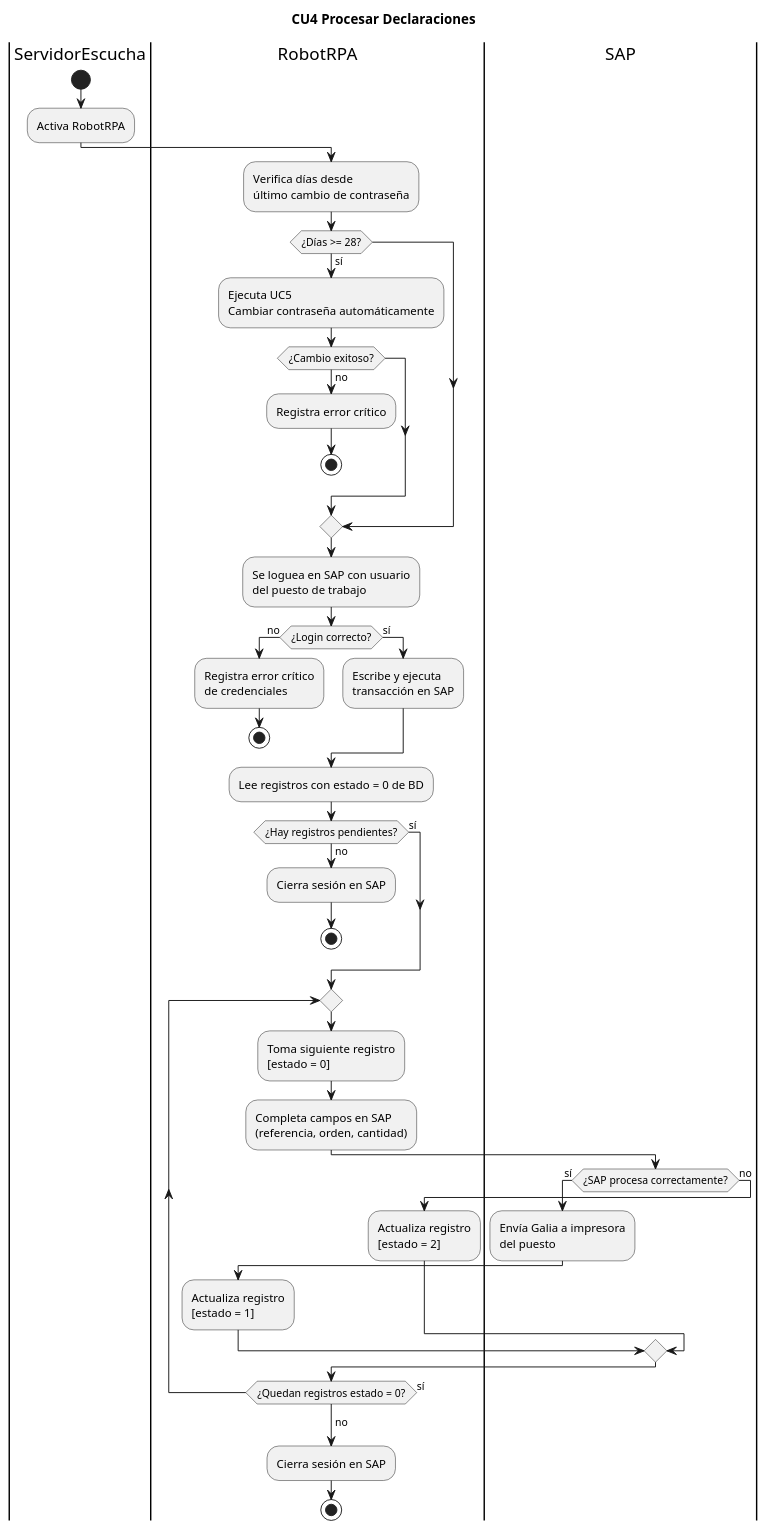
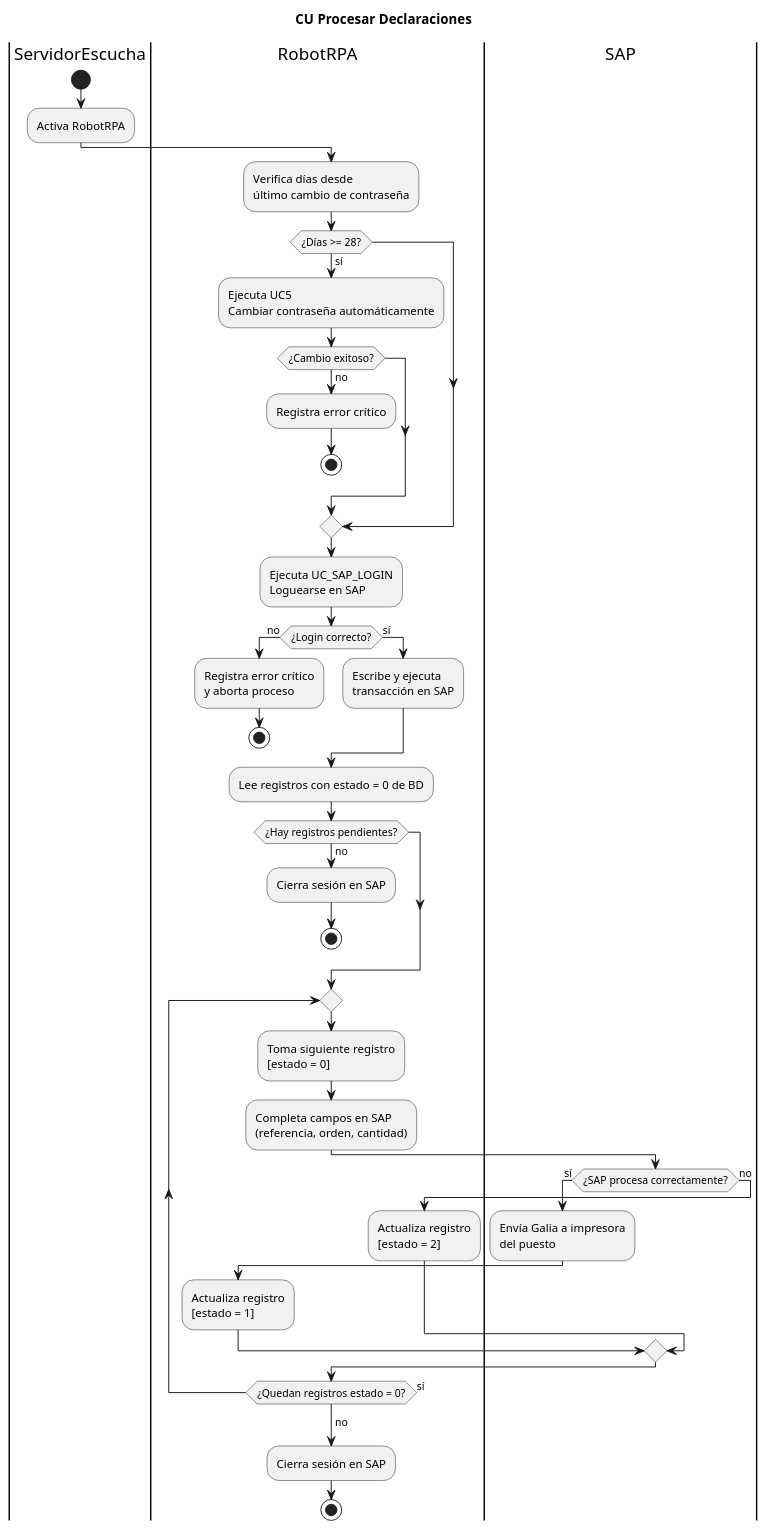
The diagram in docs/03_diagramas/puml/CU4-Procesar_Declaraciones.puml (Dievex/TFG_25-26), drawn with PlantUML before and after one commit.

Commit message:
Modifico Caso de Uso Procesar declaraciones SAP

```diff
--- a/docs/03_diagramas/puml/CU4-Procesar_Declaraciones.puml
+++ b/docs/03_diagramas/puml/CU4-Procesar_Declaraciones.puml
@@ -1,59 +1,54 @@
 @startuml
-title CU4 Procesar Declaraciones
+title CU Procesar Declaraciones
 
 |ServidorEscucha|
 start
 :Activa RobotRPA;
 
 |RobotRPA|
 :Verifica días desde\núltimo cambio de contraseña;
 
 if (¿Días >= 28?) then (sí)
     :Ejecuta UC5\nCambiar contraseña automáticamente;
     if (¿Cambio exitoso?) then (no)
         :Registra error crítico;
         stop
     endif
 endif
 
-:Se loguea en SAP con usuario\ndel puesto de trabajo;
+:Ejecuta UC_SAP_LOGIN\nLoguearse en SAP;
 
 if (¿Login correcto?) then (no)
-    :Registra error crítico\nde credenciales;
+    :Registra error crítico\ny aborta proceso;
     stop
 else (sí)
     :Escribe y ejecuta\ntransacción en SAP;
 endif
 
 :Lee registros con estado = 0 de BD;
 
 if (¿Hay registros pendientes?) then (no)
     :Cierra sesión en SAP;
     stop
-else (sí)
 endif
 
 repeat
-
     |RobotRPA|
     :Toma siguiente registro\n[estado = 0];
     :Completa campos en SAP\n(referencia, orden, cantidad);
 
     |SAP|
     if (¿SAP procesa correctamente?) then (sí)
         :Envía Galia a impresora\ndel puesto;
-
         |RobotRPA|
         :Actualiza registro\n[estado = 1];
     else (no)
         |RobotRPA|
         :Actualiza registro\n[estado = 2];
     endif
-
 repeat while (¿Quedan registros estado = 0?) is (sí)
 ->no;
 
 :Cierra sesión en SAP;
 stop
-
 @enduml
```
